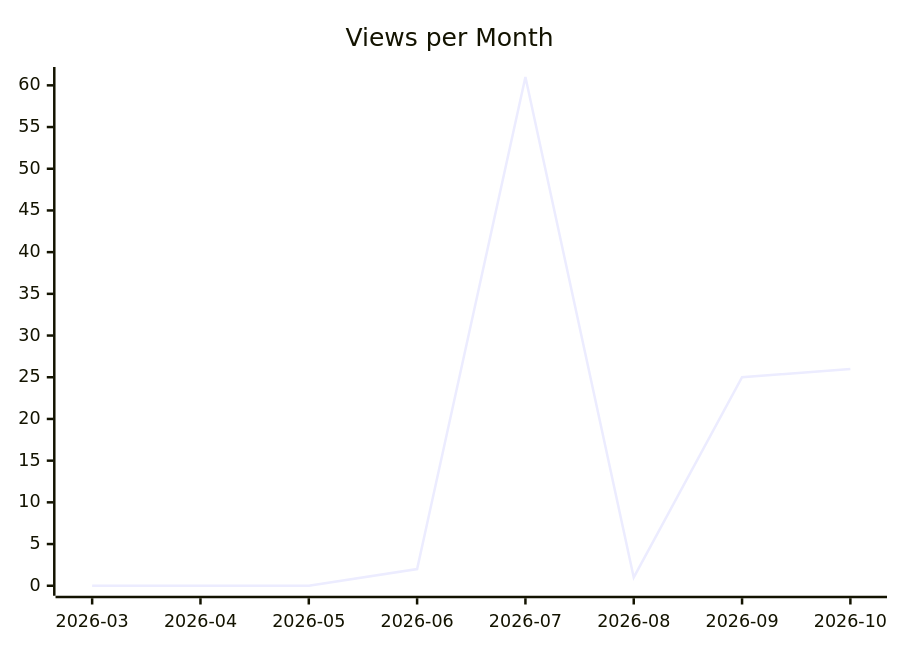
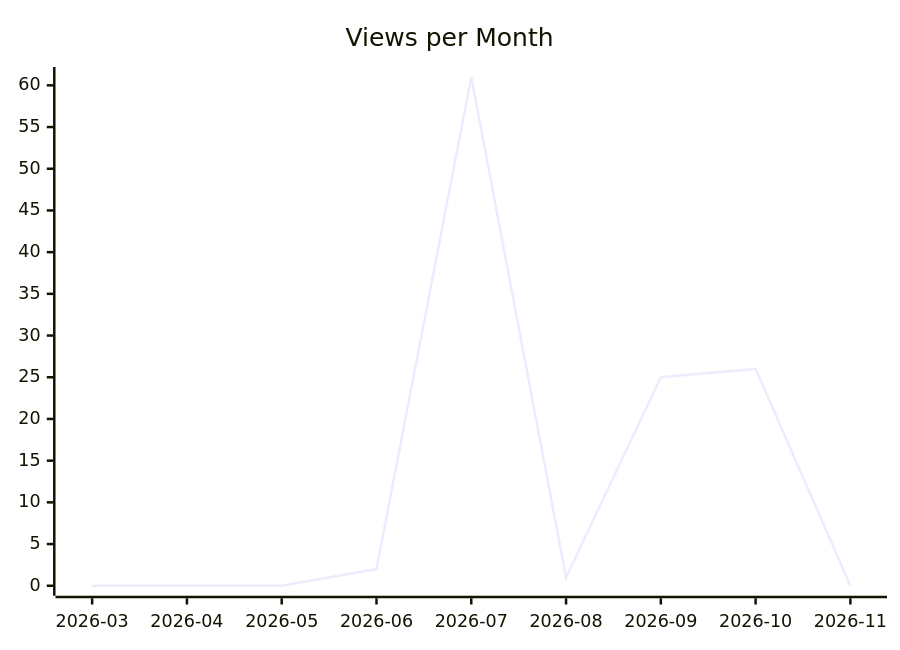
Before and after one commit to justdavis-family/github-analytics-data: the second of 3 diagrams in karlmdavis/dotfiles/README.md, drawn with Mermaid. The commit also changed other lines of this file and 201 other files, not shown here.

````diff
--- a/karlmdavis/dotfiles/README.md
+++ b/karlmdavis/dotfiles/README.md
@@ -12,6 +12,6 @@
 ```mermaid
 xychart-beta
   title "Views per Month"
-  x-axis ["2026-03", "2026-04", "2026-05", "2026-06", "2026-07", "2026-08", "2026-09", "2026-10"]
-  line [0, 0, 0, 2, 61, 1, 25, 26]
+  x-axis ["2026-03", "2026-04", "2026-05", "2026-06", "2026-07", "2026-08", "2026-09", "2026-10", "2026-11"]
+  line [0, 0, 0, 2, 61, 1, 25, 26, 0]
 ```
````
